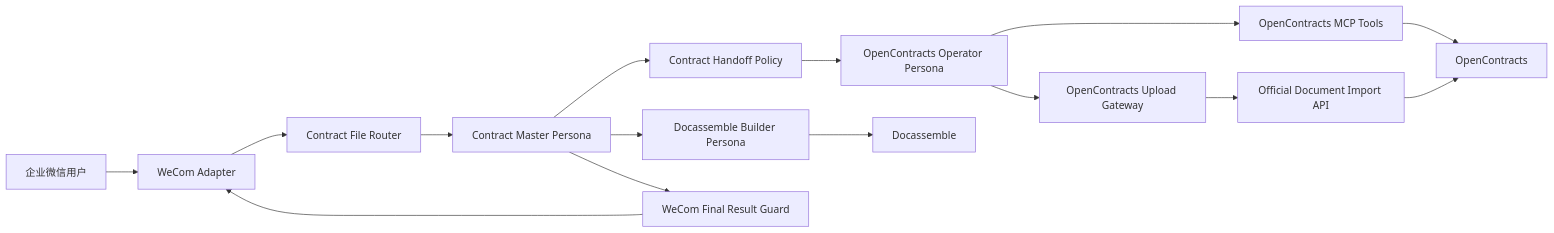
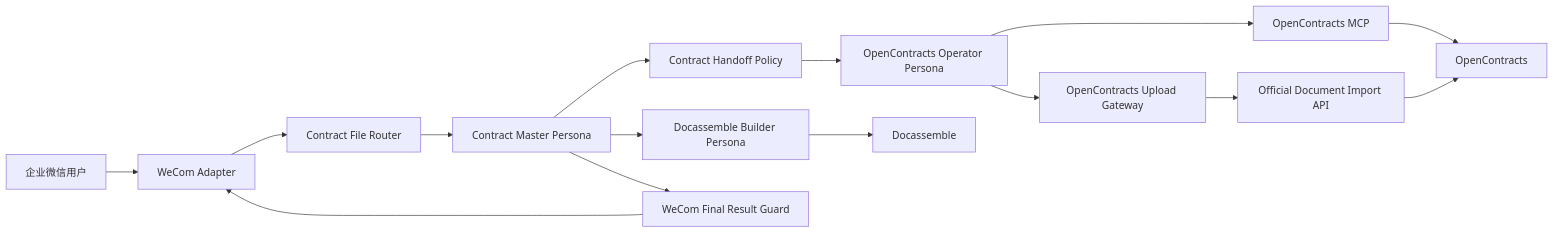
Before and after one commit to Ri0n72Y/ContractBotConfig: the first of 2 diagrams in README.md, drawn with Mermaid. The commit also changed other lines of this file and 43 other files, not shown here.

First line of the commit message:
Phase 2-A: move OpenContracts reads to MCP and split upload gateway (#3)

````diff
--- a/README.md
+++ b/README.md
@@ -18,31 +18,31 @@
 ```mermaid
 flowchart LR
     User[企业微信用户]
     WeCom[WeCom Adapter]
     Router[Contract File Router]
     Master[Contract Master Persona]
     Handoff[Contract Handoff Policy]
     OCOperator[OpenContracts Operator Persona]
-    MCP[OpenContracts MCP Tools]
+    MCP[OpenContracts MCP]
     Gateway[OpenContracts Upload Gateway]
     ImportAPI[Official Document Import API]
     OpenContracts[OpenContracts]
     ResultGuard[WeCom Final Result Guard]
     DocBuilder[Docassemble Builder Persona]
     Docassemble[Docassemble]
 
     User --> WeCom
     WeCom --> Router
     Router --> Master
     Master --> Handoff
     Handoff --> OCOperator
     OCOperator --> MCP
     MCP --> OpenContracts
     OCOperator --> Gateway
     Gateway --> ImportAPI
     ImportAPI --> OpenContracts
     Master --> DocBuilder
     DocBuilder --> Docassemble
     Master --> ResultGuard
     ResultGuard --> WeCom
 ```
````
